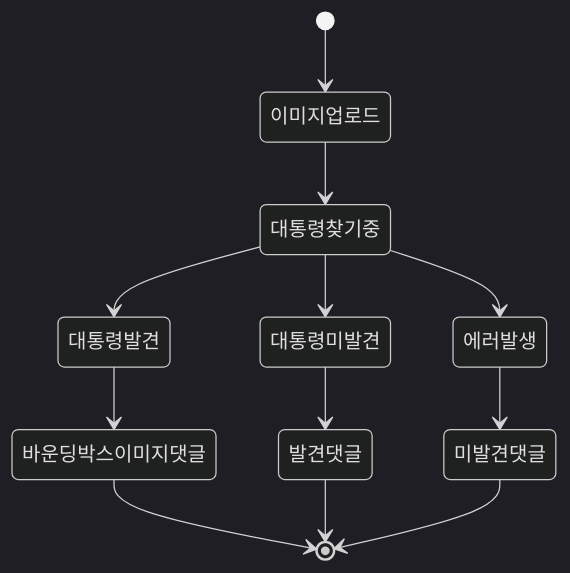
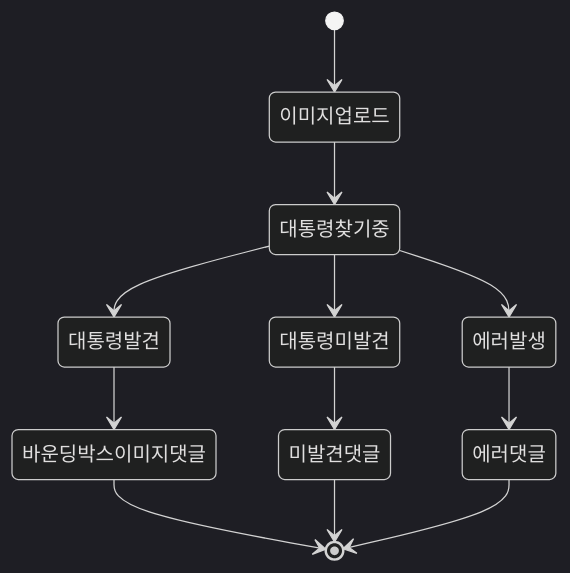
Before and after one commit to 0-CDOE/django_server: the seventh of 13 diagrams in README.md, drawn with Mermaid (dark theme). The commit also changed other lines of this file, not shown here.

````diff
--- a/README.md
+++ b/README.md
@@ -529,14 +529,14 @@
 ```mermaid
 stateDiagram-v2
     [*] --> 이미지업로드
     이미지업로드 --> 대통령찾기중
     대통령찾기중 --> 대통령발견
     대통령찾기중 --> 대통령미발견
     대통령찾기중 --> 에러발생
     대통령발견 --> 바운딩박스이미지댓글
-    대통령미발견 --> 발견댓글
-    에러발생 --> 미발견댓글
+    대통령미발견 --> 미발견댓글
+    에러발생 --> 에러댓글
     바운딩박스이미지댓글 --> [*]
-    발견댓글 --> [*]
     미발견댓글 --> [*]
+    에러댓글 --> [*]
 ```
````
